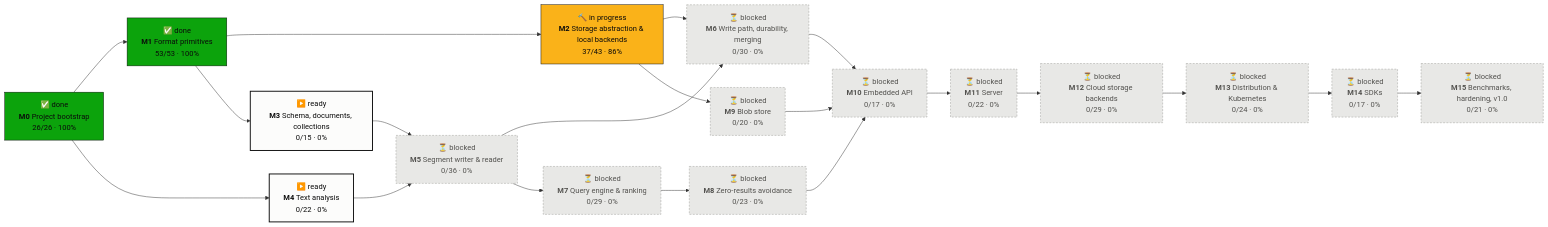
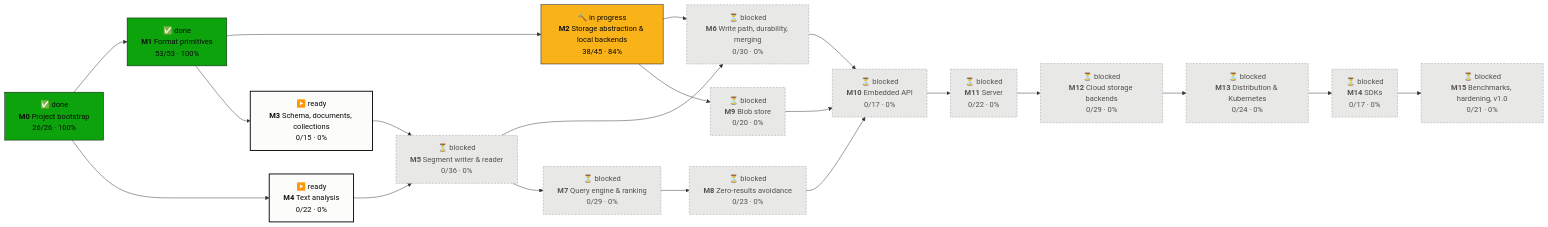
Before and after one commit to tomiok/persiaDB: the first of 2 diagrams in PROGRESS.md, drawn with Mermaid. The commit also changed other lines of this file and 2 other files, not shown here.

Commit message:
chore(roadmap): tick 2.3.6; add 2.4.20

````diff
--- a/PROGRESS.md
+++ b/PROGRESS.md
@@ -14,42 +14,42 @@
 ```mermaid
 flowchart LR
   M0["✅ done<br/><b>M0</b> Project bootstrap<br/>26/26 · 100%"]:::done
   M1["✅ done<br/><b>M1</b> Format primitives<br/>53/53 · 100%"]:::done
-  M2["🔨 in progress<br/><b>M2</b> Storage abstraction & local backends<br/>37/43 · 86%"]:::doing
+  M2["🔨 in progress<br/><b>M2</b> Storage abstraction & local backends<br/>38/45 · 84%"]:::doing
   M3["▶️ ready<br/><b>M3</b> Schema, documents, collections<br/>0/15 · 0%"]:::ready
   M4["▶️ ready<br/><b>M4</b> Text analysis<br/>0/22 · 0%"]:::ready
   M5["⏳ blocked<br/><b>M5</b> Segment writer & reader<br/>0/36 · 0%"]:::blocked
   M6["⏳ blocked<br/><b>M6</b> Write path, durability, merging<br/>0/30 · 0%"]:::blocked
   M7["⏳ blocked<br/><b>M7</b> Query engine & ranking<br/>0/29 · 0%"]:::blocked
   M8["⏳ blocked<br/><b>M8</b> Zero-results avoidance<br/>0/23 · 0%"]:::blocked
   M9["⏳ blocked<br/><b>M9</b> Blob store<br/>0/20 · 0%"]:::blocked
   M10["⏳ blocked<br/><b>M10</b> Embedded API<br/>0/17 · 0%"]:::blocked
   M11["⏳ blocked<br/><b>M11</b> Server<br/>0/22 · 0%"]:::blocked
   M12["⏳ blocked<br/><b>M12</b> Cloud storage backends<br/>0/29 · 0%"]:::blocked
   M13["⏳ blocked<br/><b>M13</b> Distribution & Kubernetes<br/>0/24 · 0%"]:::blocked
   M14["⏳ blocked<br/><b>M14</b> SDKs<br/>0/17 · 0%"]:::blocked
   M15["⏳ blocked<br/><b>M15</b> Benchmarks, hardening, v1.0<br/>0/21 · 0%"]:::blocked
   M0 --> M1
   M1 --> M2
   M1 --> M3
   M0 --> M4
   M3 --> M5
   M4 --> M5
   M2 --> M6
   M5 --> M6
   M5 --> M7
   M7 --> M8
   M2 --> M9
   M6 --> M10
   M8 --> M10
   M9 --> M10
   M10 --> M11
   M11 --> M12
   M12 --> M13
   M13 --> M14
   M14 --> M15
   classDef done fill:#0ca30c,stroke:#0b0b0b,color:#0b0b0b
   classDef doing fill:#fab219,stroke:#0b0b0b,color:#0b0b0b
   classDef ready fill:#fcfcfb,stroke:#0b0b0b,stroke-width:2px,color:#0b0b0b
   classDef blocked fill:#e8e8e6,stroke:#9a9a96,stroke-dasharray:4 3,color:#52514e
 ```
````
